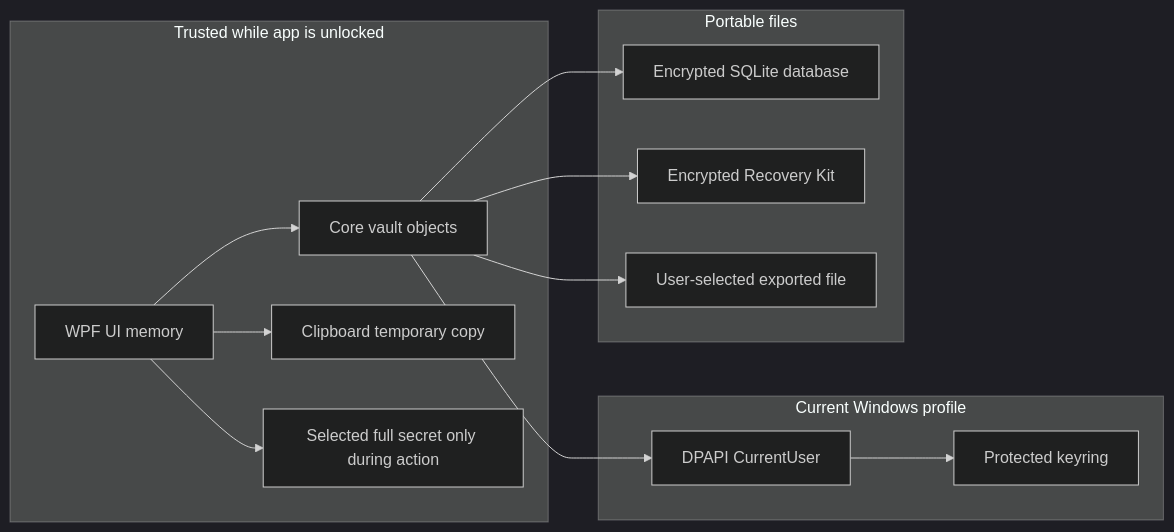
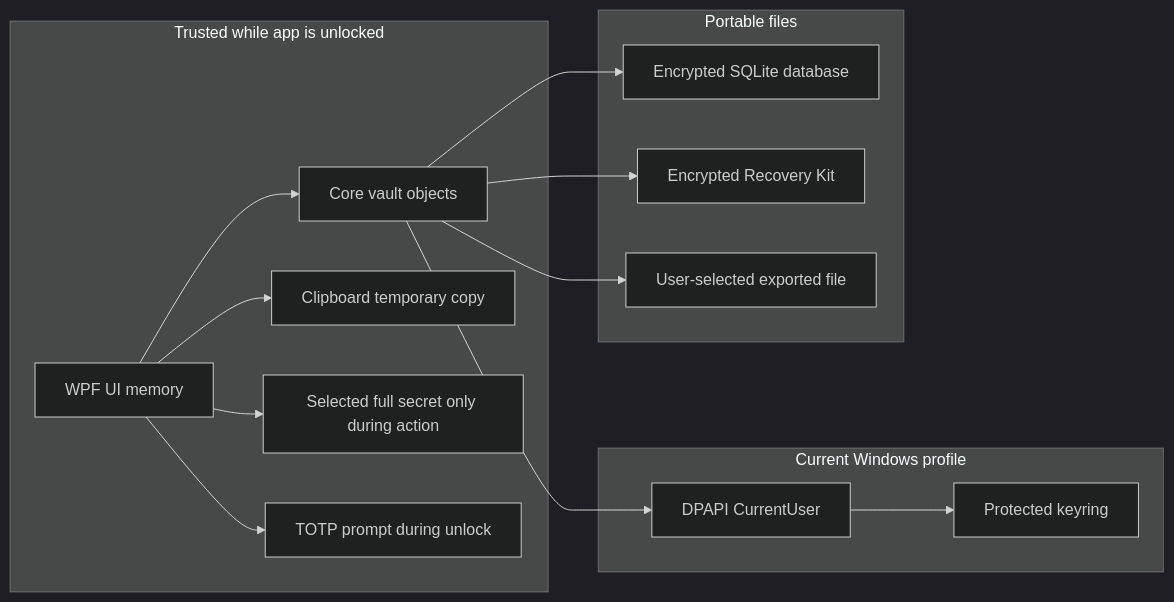
Before and after one commit to viamus/locker-it: the second of 2 diagrams in .docs/security-model.md, drawn with Mermaid (dark theme). The commit also changed other lines of this file and 22 other files, not shown here.

Commit message:
Add AuthPolicy TOTP gate

````diff
--- a/.docs/security-model.md
+++ b/.docs/security-model.md
@@ -61,29 +71,31 @@
 ```mermaid
 flowchart LR
     subgraph TrustedSession["Trusted while app is unlocked"]
         UI["WPF UI memory"]
         Core["Core vault objects"]
         Clipboard["Clipboard temporary copy"]
         SelectedSecret["Selected full secret only during action"]
+        AuthPolicyGate["TOTP prompt during unlock"]
     end
 
     subgraph LocalProfile["Current Windows profile"]
         Dpapi["DPAPI CurrentUser"]
         Keyring["Protected keyring"]
     end
 
     subgraph PortableFiles["Portable files"]
         Db["Encrypted SQLite database"]
         Kit["Encrypted Recovery Kit"]
         ExportedFile["User-selected exported file"]
     end
 
     UI --> Core
     Core --> Dpapi
     Dpapi --> Keyring
     Core --> Db
     Core --> Kit
     UI --> Clipboard
     UI --> SelectedSecret
+    UI --> AuthPolicyGate
     Core --> ExportedFile
 ```
````
